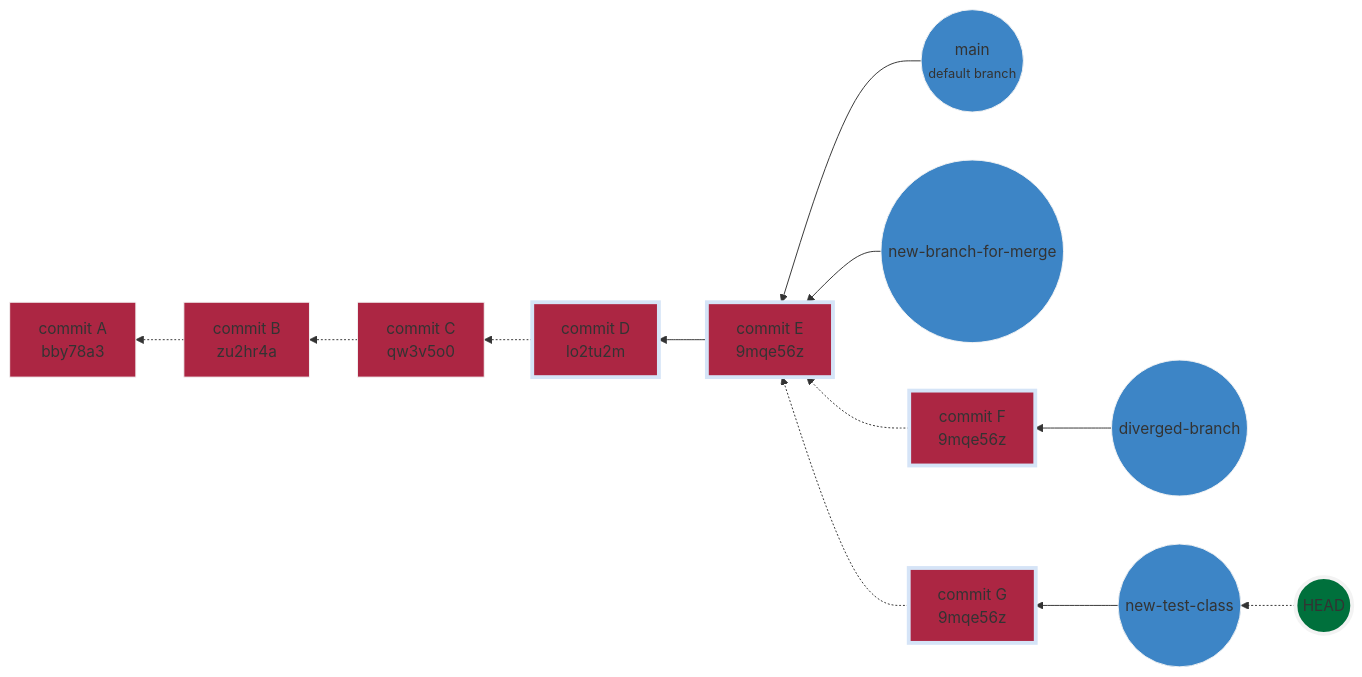
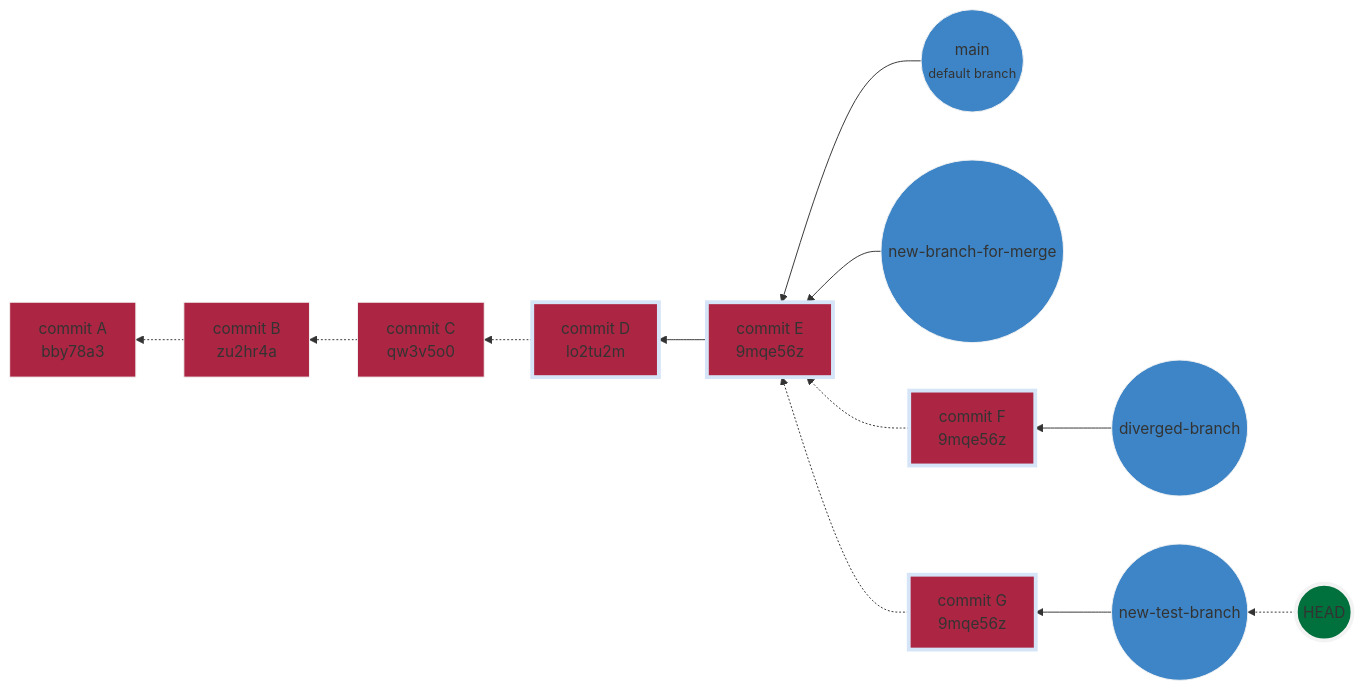
One commit to ganeshk627/source-control-with-git changed diagram 21 of 21 in README.md. Above: the diagram before and after it, drawn with Mermaid. The commit also changed other lines of this file, not shown here.

````diff
--- a/README.md
+++ b/README.md
@@ -915,40 +915,40 @@
 ```mermaid
 graph RL
     A[commit A<br>bby78a3]
     B[commit B<br>zu2hr4a]
     C[commit C<br>qw3v5o0]
     D[commit D<br>lo2tu2m]
     E[commit E<br>9mqe56z]
     F[commit F<br>9mqe56z]
     G[commit G<br>9mqe56z]
     I((main <br> <small>default branch<small/>))
     J((new-branch-for-merge))
     H((HEAD))
     K((diverged-branch))
-    L((new-test-class))
+    L((new-test-branch))
 
     B -.-> A
     C -.-> B
     D -.-> C
     E --> D
     I --> E
     H -.-> L
     J --> E
     F -.-> E
     K --> F
     G -.-> E
     L --> G
 
     style H fill:#00703c,stroke:#f3f3f3,stroke-width:4px;
     style G fill:#ac2643,stroke:#d5e4f7,stroke-width:4px;
     style F fill:#ac2643,stroke:#d5e4f7,stroke-width:4px;
     style E fill:#ac2643,stroke:#d5e4f7,stroke-width:4px;
     style D fill:#ac2643,stroke:#d5e4f7,stroke-width:4px;
     style C fill:#ac2643,stroke:#f3f3f3,stroke-width:1px;
     style B fill:#ac2643,stroke:#f3f3f3,stroke-width:1px;
     style A fill:#ac2643,stroke:#f3f3f3,stroke-width:1px;
     style I fill:#3d85c6,stroke:#f3f3f3,stroke-width:1px;
     style J fill:#3d85c6,stroke:#f3f3f3,stroke-width:1px;
     style K fill:#3d85c6,stroke:#f3f3f3,stroke-width:1px;
     style L fill:#3d85c6,stroke:#f3f3f3,stroke-width:1px;
 ```
````
